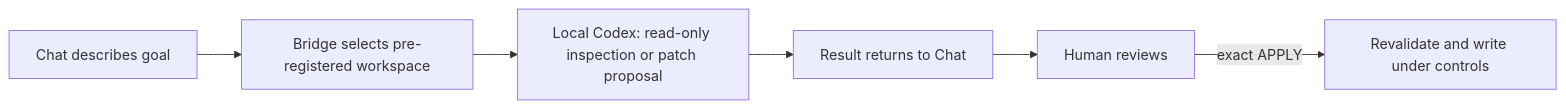
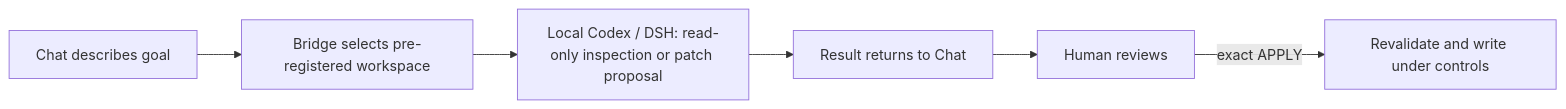
The diagram in README.en.md (Aelfa13/chat-work-bridge), drawn with Mermaid before and after one commit. The commit also changed other lines of this file and 9 other files, not shown here.

````diff
--- a/README.en.md
+++ b/README.en.md
@@ -17,8 +17,8 @@
 ```mermaid
 flowchart LR
     A[Chat describes goal] --> B[Bridge selects pre-registered workspace]
-    B --> C[Local Codex: read-only inspection or patch proposal]
+    B --> C[Local Codex / DSH: read-only inspection or patch proposal]
     C --> D[Result returns to Chat]
     D --> E[Human reviews]
     E -->|exact APPLY| F[Revalidate and write under controls]
 ```
````
